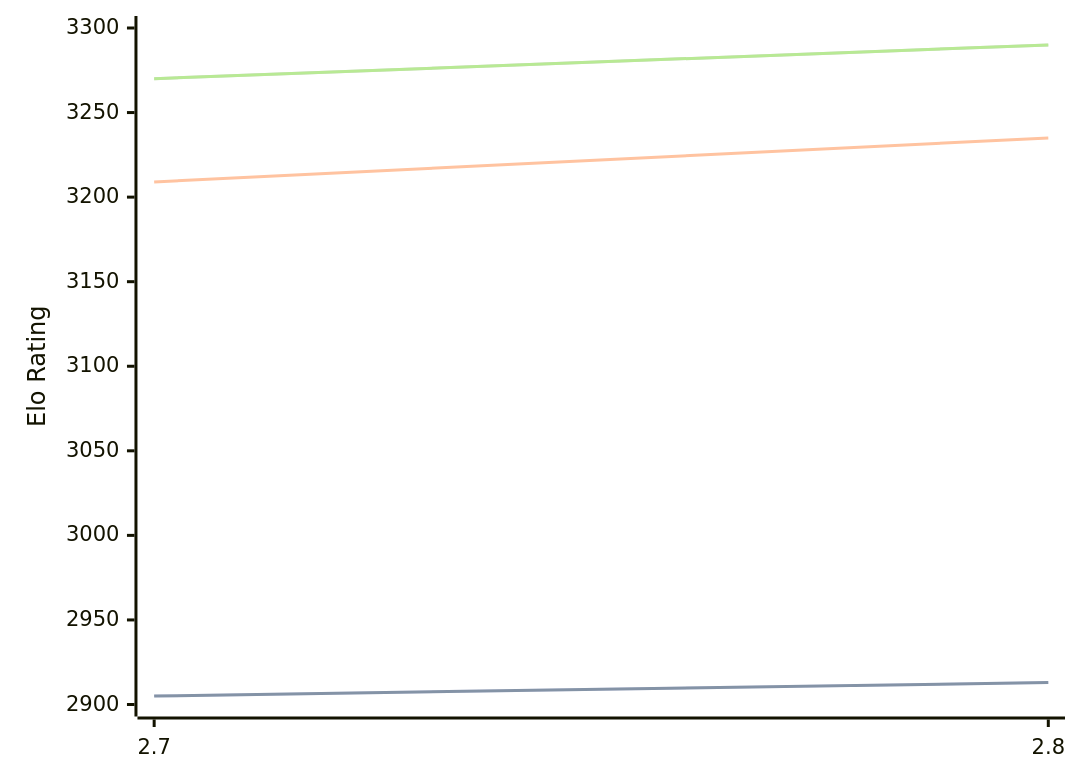
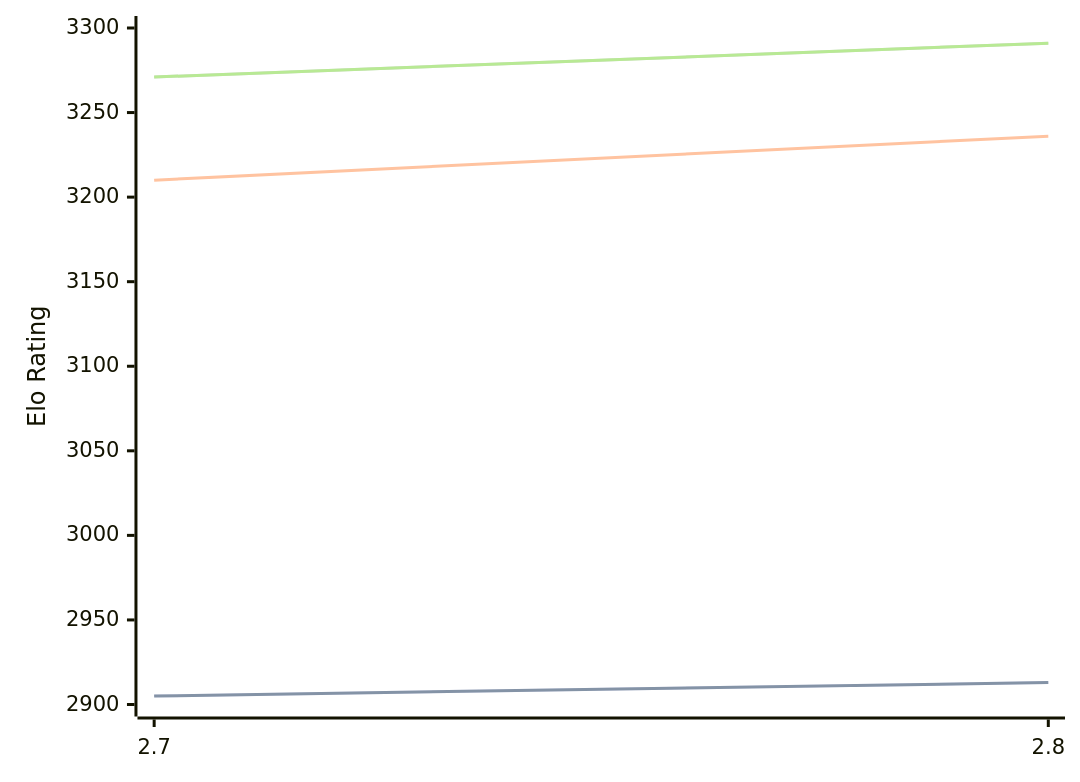
One commit to computer-chess-index/cci changed the diagram in engines/Arcanum.md. Above: the diagram before and after it, drawn with Mermaid. The commit also changed other lines of this file, not shown here.

Commit message:
Update CCI Ratings (ELO VLTC) - 2026-10-08

````diff
--- a/engines/Arcanum.md
+++ b/engines/Arcanum.md
@@ -32,11 +32,11 @@
 ```mermaid
 %%{init: {"theme":"base","themeVariables":{"seriesColors:['#a3a3a3','#222221','#faa371']}}}%%
 xychart-beta
   x-axis ["2.7", "2.8"]
   y-axis "Elo Rating" 2900 --> 3300
   line "" [2905, 2913]
   line "STC (8.0+0.08s)" [2905, 2913]
-  line "LTC (60.0+0.60s)" [3209, 3235]
-  line "" [3270, 3290]
-  line "VLTC (2m24s+1.12s)" [3270, 3290]
+  line "LTC (60.0+0.60s)" [3210, 3236]
+  line "" [3271, 3291]
+  line "VLTC (2m24s+1.12s)" [3271, 3291]
 ```
````
